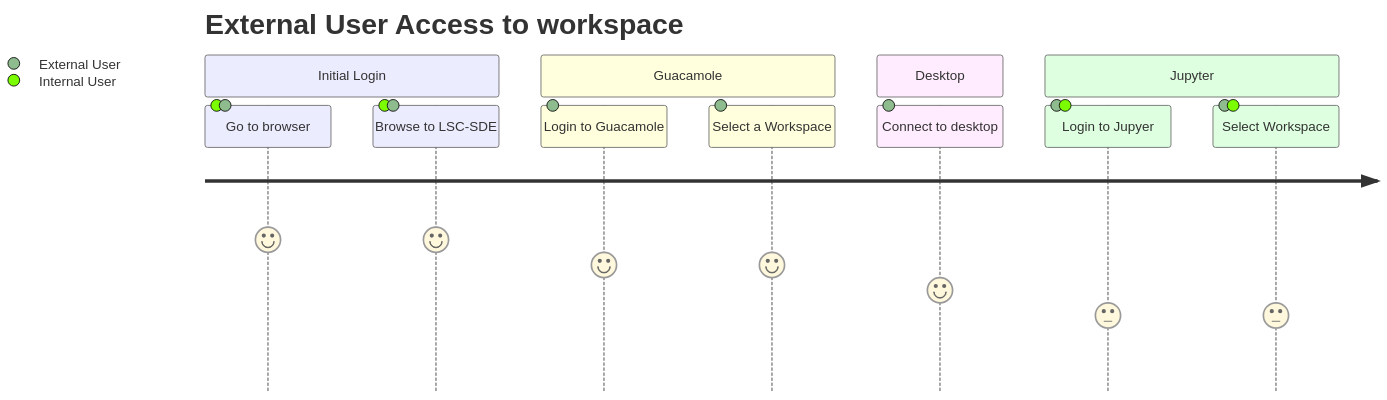
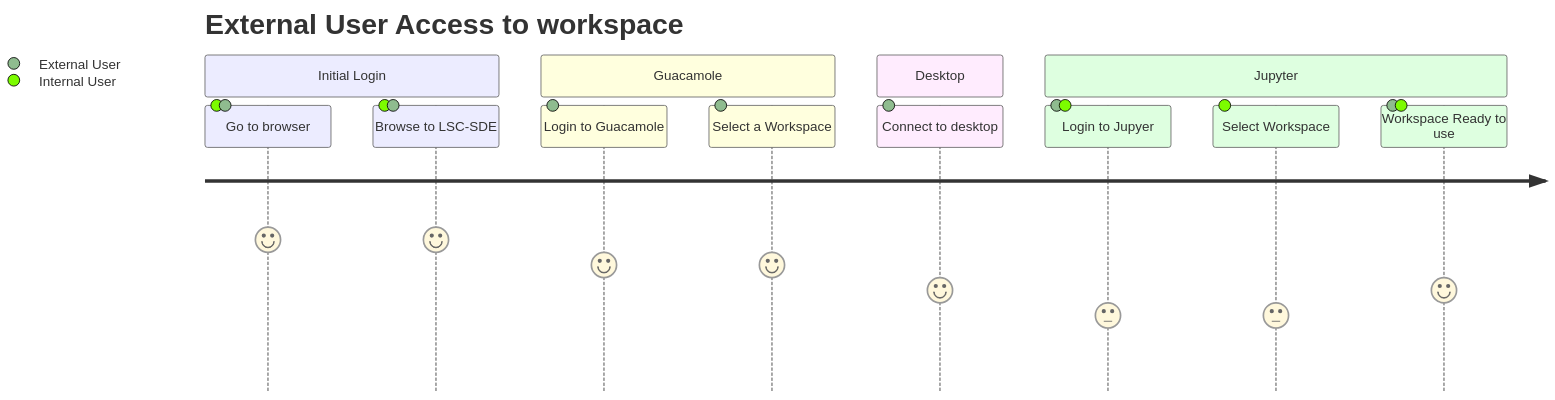
Before and after one commit to lsc-sde/lsc-sde: the first of 2 diagrams in about/Secure-Data-Environment/External-Access-5.md, drawn with Mermaid. The commit also changed other lines of this file and 1 other file, not shown here.

````diff
--- a/about/Secure-Data-Environment/External-Access-5.md
+++ b/about/Secure-Data-Environment/External-Access-5.md
@@ -14,15 +14,16 @@
 ```mermaid
 journey
     title External User Access to workspace
         section Initial Login
             Go to browser: 6: Internal User, External User
             Browse to LSC-SDE: 6: Internal User, External User
         section Guacamole
             Login to Guacamole: 5: External User
             Select a Workspace: 5: External User
         section Desktop
             Connect to desktop: 4: External User
         section Jupyter
             Login to Jupyer: 3: External User, Internal User
-            Select Workspace: 3: External User, Internal User
+            Select Workspace: 3: Internal User
+            Workspace Ready to use: 4: External User, Internal User
 ```
````
